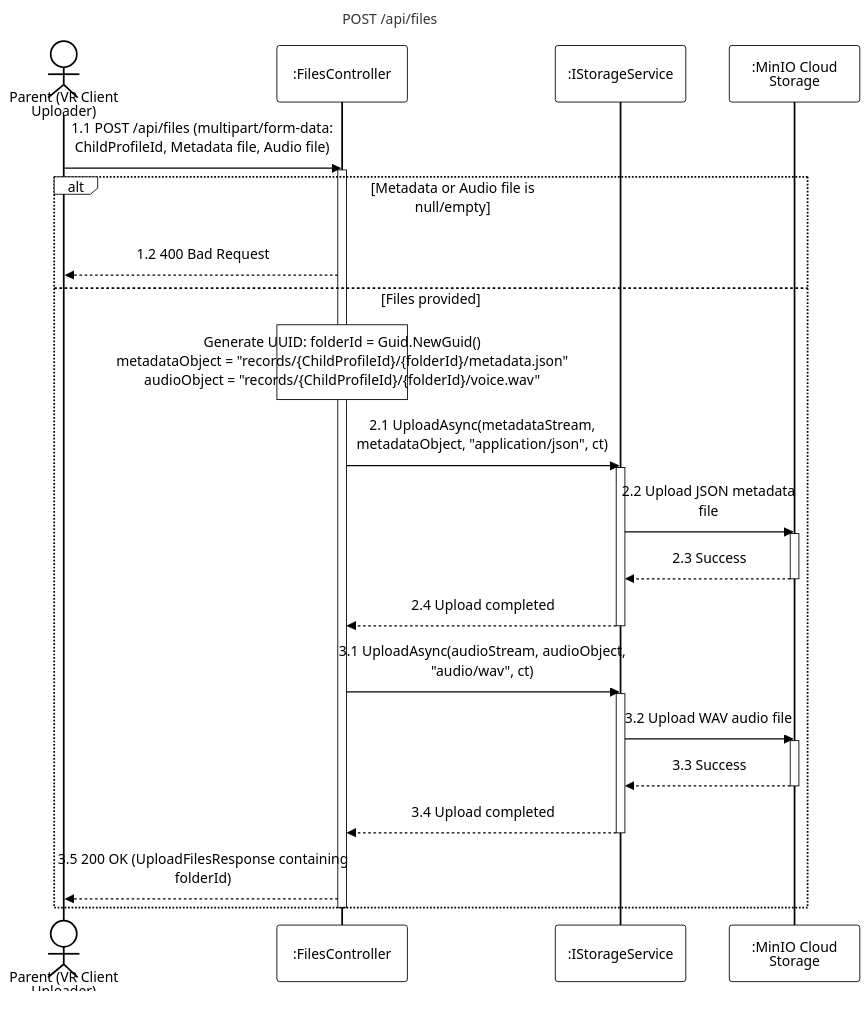
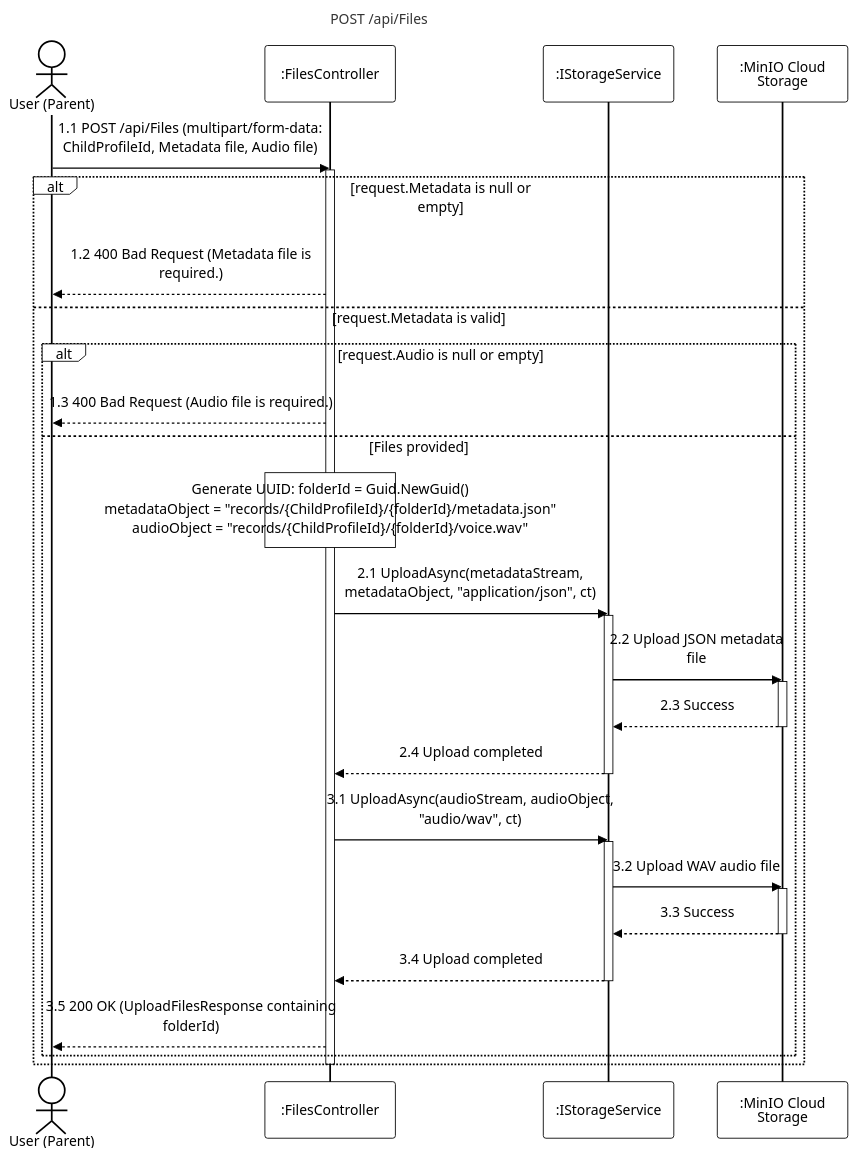
One commit to PhucAnDev/docx-diagram changed the diagram in 07-results-performance-analysis/sequence-diagram/apis/upload-session-audio.mmd. Above: the diagram before and after it, drawn with Mermaid. The commit also changed 3 other files, not shown here.

Commit message:
fix: update upload-session-audio.mmd and upload-audio-chunk.mmd with correct route casing, validation checks, and activations

```diff
--- a/07-results-performance-analysis/sequence-diagram/apis/upload-session-audio.mmd
+++ b/07-results-performance-analysis/sequence-diagram/apis/upload-session-audio.mmd
@@ -1,37 +1,41 @@
 %%{init: {'theme':'base', 'themeVariables': {'actorBkg':'#ffffff','actorBorder':'#000000','actorTextColor':'#000000','actorLineColor':'#000000','signalColor':'#000000','signalTextColor':'#000000','labelBoxBkgColor':'#ffffff','labelBoxBorderColor':'#000000','labelTextColor':'#000000','loopTextColor':'#000000','noteBkgColor':'#ffffff','noteBorderColor':'#000000','noteTextColor':'#000000','activationBorderColor':'#000000','activationBkgColor':'#ffffff','sequenceNumberColor':'#000000'}, 'sequence': {'width':150,'height':65,'actorFontSize':16,'messageFontSize':16,'wrap':true,'wrapPadding':10}}}%%
 sequenceDiagram
-    title POST /api/files
-    actor Parent as Parent (VR Client Uploader)
+    title POST /api/Files
+    actor Parent as User (Parent)
     participant Endpoint as :FilesController
     participant Storage as :IStorageService
     participant MinIO as :MinIO Cloud Storage
 
-    Parent->>Endpoint: 1.1 POST /api/files (multipart/form-data: ChildProfileId, Metadata file, Audio file)
+    Parent->>Endpoint: 1.1 POST /api/Files (multipart/form-data: ChildProfileId, Metadata file, Audio file)
     activate Endpoint
 
-    alt Metadata or Audio file is null/empty
-        Endpoint-->>Parent: 1.2 400 Bad Request
-    else Files provided
-        note over Endpoint: Generate UUID: folderId = Guid.NewGuid()<br/>metadataObject = "records/{ChildProfileId}/{folderId}/metadata.json"<br/>audioObject = "records/{ChildProfileId}/{folderId}/voice.wav"
-        
-        Endpoint->>Storage: 2.1 UploadAsync(metadataStream, metadataObject, "application/json", ct)
-        activate Storage
-        Storage->>MinIO: 2.2 Upload JSON metadata file
-        activate MinIO
-        MinIO-->>Storage: 2.3 Success
-        deactivate MinIO
-        Storage-->>Endpoint: 2.4 Upload completed
-        deactivate Storage
+    alt request.Metadata is null or empty
+        Endpoint-->>Parent: 1.2 400 Bad Request (Metadata file is required.)
+    else request.Metadata is valid
+        alt request.Audio is null or empty
+            Endpoint-->>Parent: 1.3 400 Bad Request (Audio file is required.)
+        else Files provided
+            note over Endpoint: Generate UUID: folderId = Guid.NewGuid()<br/>metadataObject = "records/{ChildProfileId}/{folderId}/metadata.json"<br/>audioObject = "records/{ChildProfileId}/{folderId}/voice.wav"
+            
+            Endpoint->>Storage: 2.1 UploadAsync(metadataStream, metadataObject, "application/json", ct)
+            activate Storage
+            Storage->>MinIO: 2.2 Upload JSON metadata file
+            activate MinIO
+            MinIO-->>Storage: 2.3 Success
+            deactivate MinIO
+            Storage-->>Endpoint: 2.4 Upload completed
+            deactivate Storage
 
-        Endpoint->>Storage: 3.1 UploadAsync(audioStream, audioObject, "audio/wav", ct)
-        activate Storage
-        Storage->>MinIO: 3.2 Upload WAV audio file
-        activate MinIO
-        MinIO-->>Storage: 3.3 Success
-        deactivate MinIO
-        Storage-->>Endpoint: 3.4 Upload completed
-        deactivate Storage
+            Endpoint->>Storage: 3.1 UploadAsync(audioStream, audioObject, "audio/wav", ct)
+            activate Storage
+            Storage->>MinIO: 3.2 Upload WAV audio file
+            activate MinIO
+            MinIO-->>Storage: 3.3 Success
+            deactivate MinIO
+            Storage-->>Endpoint: 3.4 Upload completed
+            deactivate Storage
 
-        Endpoint-->>Parent: 3.5 200 OK (UploadFilesResponse containing folderId)
+            Endpoint-->>Parent: 3.5 200 OK (UploadFilesResponse containing folderId)
+        end
     end
     deactivate Endpoint
```
